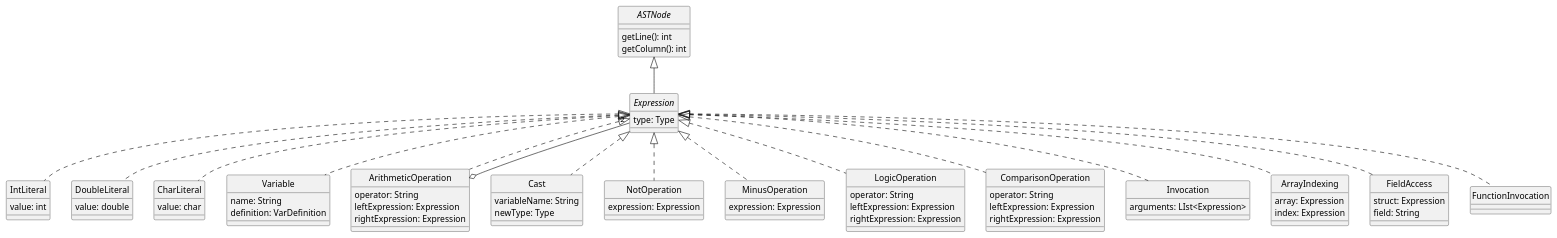
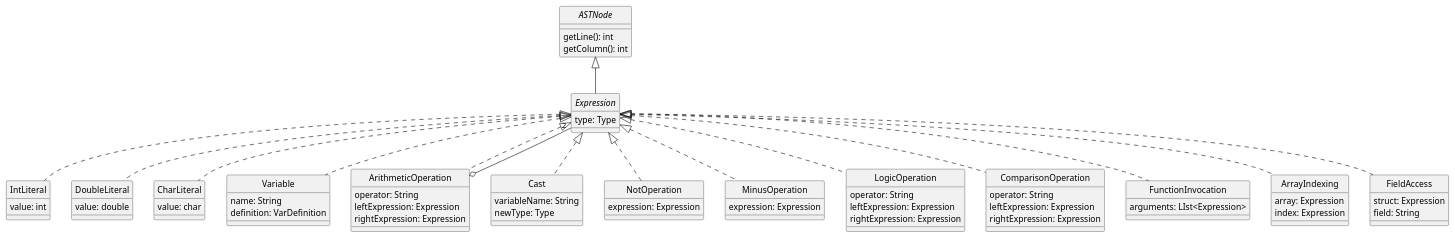
One commit to DavidGonzalezFernandez/dlp-compiler changed the diagram in docs/diagrams/expressions.plantuml. Above: the diagram before and after it, drawn with PlantUML.

Commit message:
Elimino clase duplicada

```diff
--- a/docs/diagrams/expressions.plantuml
+++ b/docs/diagrams/expressions.plantuml
@@ -1,114 +1,114 @@
 @startuml Expressions
 skinparam style strictuml
 skinparam monochrome true
 
 
 interface ASTNode {
     getLine(): int
     getColumn(): int
 }
 
 interface Expression {
     type: Type
 }
 ASTNode <|-- Expression
 
 
 class IntLiteral {
     value: int
 }
 Expression <|.. IntLiteral
 
 
 class DoubleLiteral {
     value: double
 }
 Expression <|.. DoubleLiteral
 
 
 class CharLiteral {
     value: char
 }
 Expression <|.. CharLiteral
 
 
 class Variable {
     name: String
     definition: VarDefinition
 }
 Expression <|.. Variable
 
 
 class ArithmeticOperation {
     operator: String
     leftExpression: Expression
     rightExpression: Expression
 }
 Expression <|.. ArithmeticOperation
 ArithmeticOperation o-- "2" Expression
 
 
 ' La conversión explícita a tipos simples se podrá realizar usando la palabra clave as
 class Cast {
-    variableName: String
+    variableName: String    /'TODO ¿es un String o una expresión?'/
     newType: Type   /'Tiene que ser de tipo simple'/
 }
 Expression <|.. Cast
 
 
 ' Las operaciones NOT y MINUS no se ponen en la misma clase
 class NotOperation {
     ' No necesita especificar el operador
     expression: Expression
 }
 Expression <|.. NotOperation
 
+
 class MinusOperation {
     ' No necesita especificar el operador
     expression: Expression
 }
 Expression <|.. MinusOperation
+
 
 ' Operaciones de comparación y lógicas no son iguales
 class LogicOperation {
     operator: String
     leftExpression: Expression
     rightExpression: Expression
 }
 Expression <|.. LogicOperation
 
+
 class ComparisonOperation {
     operator: String
     leftExpression: Expression
     rightExpression: Expression
 }
 Expression <|.. ComparisonOperation
 
-class Invocation {
+
+' Una función puede no devolver nada, tiene tipo de retorno Void
+' Se puede invocar a una función y no almacenar lo que devuelve
+' Sea como sea, devuelve algo, así que es una expresión
+class FunctionInvocation {
     arguments: LIst<Expression>
 }
-Expression <|.. Invocation
+Expression <|.. FunctionInvocation
 
 
 class ArrayIndexing {
     array: Expression       /'TODO qué tipo es'/
     index: Expression
 }
 Expression <|.. ArrayIndexing
 
+
 class FieldAccess {
     struct: Expression      /'TODO qué tipo es'/
     field: String
 }
 Expression <|.. FieldAccess
 
-' Una función puede no devolver nada, tiene tipo de retorno Void
-' Se puede invocar a una función y no almacenar lo que devuelve
-' Sea como sea, devuelve algo, así que es una expresión
-class FunctionInvocation {
-    'TODO ¿qué necesita dentro?
-}
-Expression <|.. FunctionInvocation
-
 
 @enduml
```
